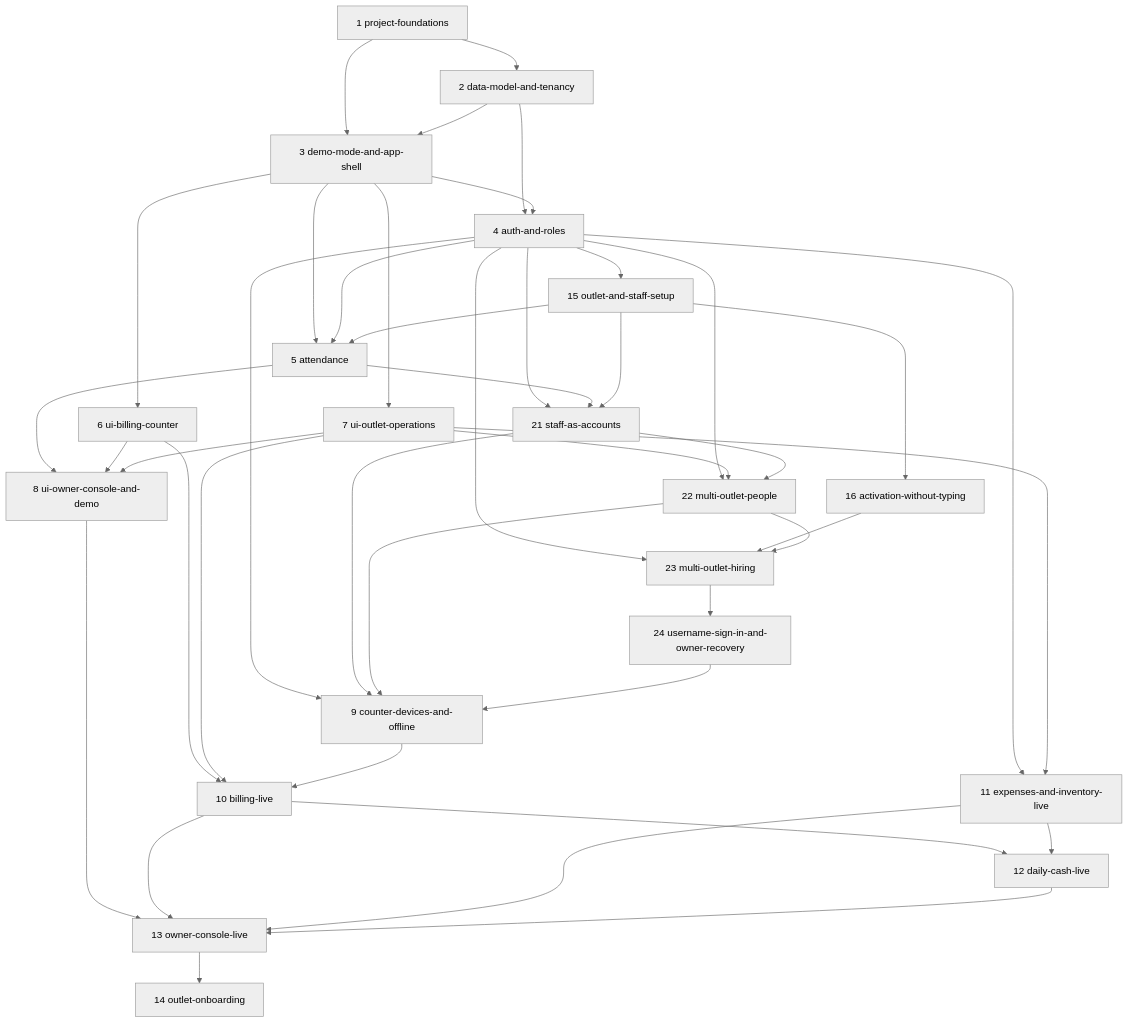
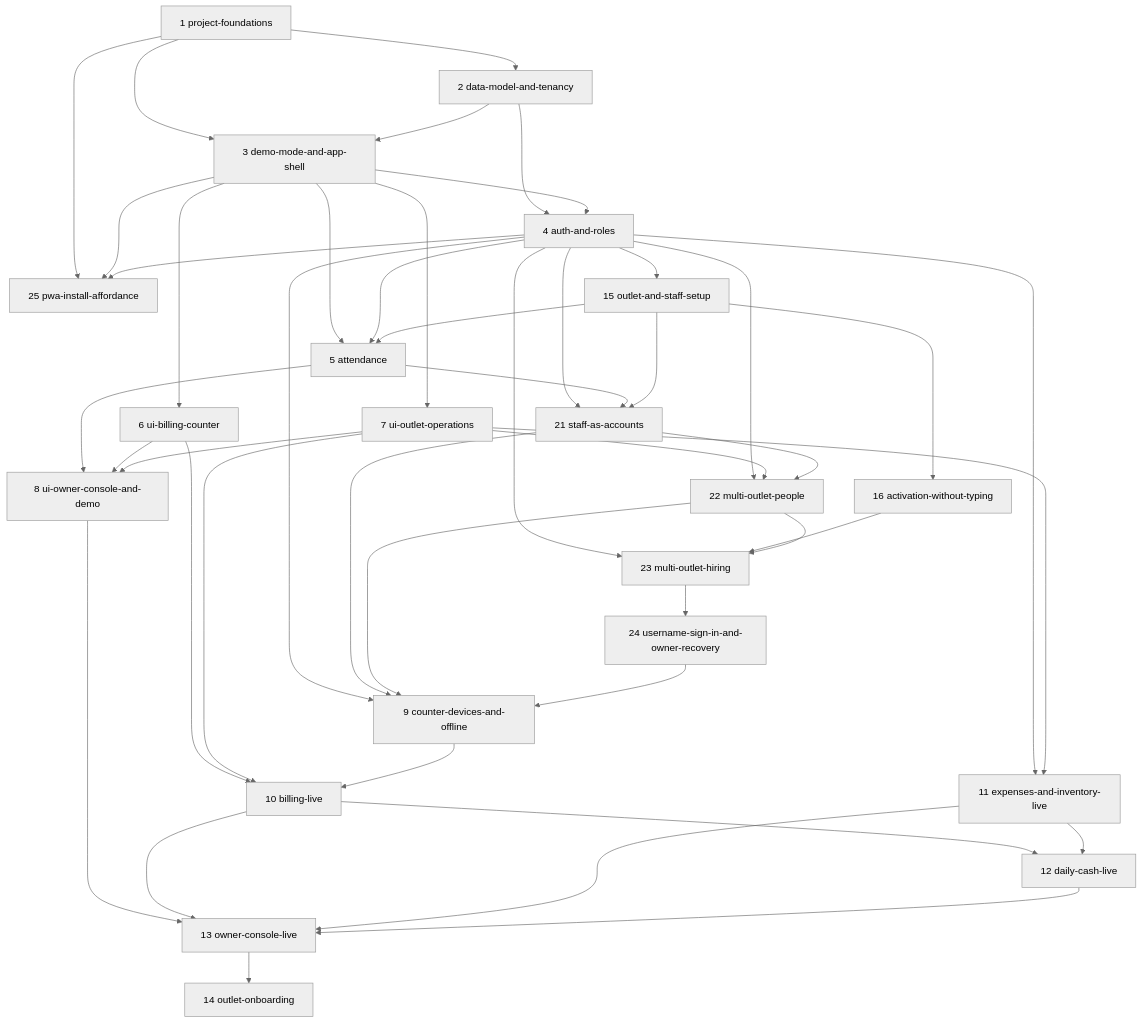
The diagram in openspec/changes/ROADMAP.md (abdatta/shawarmania-ops), drawn with Mermaid (neutral theme) before and after one commit. The commit also changed other lines of this file and 21 other files, not shown here.

First line of the commit message:
PWA install affordance (#25): installation becomes discoverable in app chrome

````diff
--- a/openspec/changes/ROADMAP.md
+++ b/openspec/changes/ROADMAP.md
@@ -93,44 +94,47 @@
 ```mermaid
 graph TD
     C1[1 project-foundations] --> C2[2 data-model-and-tenancy]
     C1 --> C3[3 demo-mode-and-app-shell]
     C2 --> C3
     C2 --> C4[4 auth-and-roles]
     C3 --> C4
+    C1 --> C25[25 pwa-install-affordance]
+    C3 --> C25
+    C4 --> C25
     C3 --> C5[5 attendance]
     C4 --> C5
     C4 --> C15[15 outlet-and-staff-setup]
     C15 --> C5
     C15 --> C16[16 activation-without-typing]
     C3 --> C6[6 ui-billing-counter]
     C3 --> C7[7 ui-outlet-operations]
     C5 --> C8[8 ui-owner-console-and-demo]
     C6 --> C8
     C7 --> C8
     C4 --> C21[21 staff-as-accounts]
     C5 --> C21
     C15 --> C21
     C4 --> C22[22 multi-outlet-people]
     C7 --> C22
     C21 --> C22
     C4 --> C23[23 multi-outlet-hiring]
     C16 --> C23
     C22 --> C23
     C23 --> C24[24 username-sign-in-and-owner-recovery]
     C4 --> C9[9 counter-devices-and-offline]
     C21 --> C9
     C22 --> C9
     C24 --> C9
     C6 --> C10[10 billing-live]
     C7 --> C10
     C9 --> C10
     C4 --> C11[11 expenses-and-inventory-live]
     C7 --> C11
     C10 --> C12[12 daily-cash-live]
     C11 --> C12
     C8 --> C13[13 owner-console-live]
     C10 --> C13
     C11 --> C13
     C12 --> C13
     C13 --> C14[14 outlet-onboarding]
 ```
````
